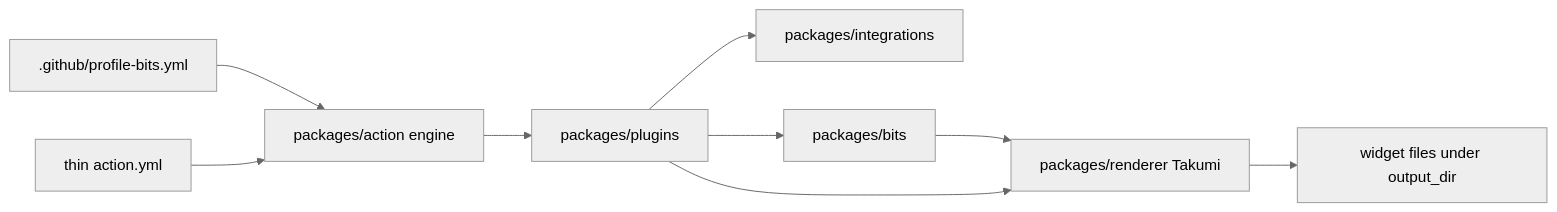
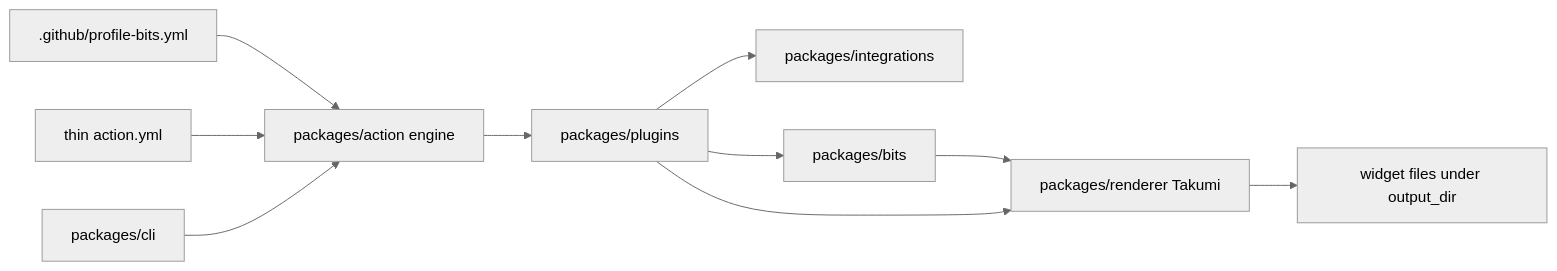
The first of 2 diagrams in DESIGN.md (wyattowalsh/profile-bits), drawn with Mermaid (neutral theme) before and after one commit. The commit also changed other lines of this file and 16 other files, not shown here.

````diff
--- a/DESIGN.md
+++ b/DESIGN.md
@@ -189,19 +189,21 @@
 ```mermaid
 flowchart LR
   yaml[".github/profile-bits.yml"]
   thin["thin action.yml"]
+  cli["packages/cli"]
   engine["packages/action engine"]
   plugins["packages/plugins"]
   integ["packages/integrations"]
   bits["packages/bits"]
   rend["packages/renderer Takumi"]
   files["widget files under output_dir"]
   yaml --> engine
   thin --> engine
+  cli --> engine
   engine --> plugins
   plugins --> integ
   plugins --> bits
   bits --> rend
   plugins --> rend
   rend --> files
 ```
````
